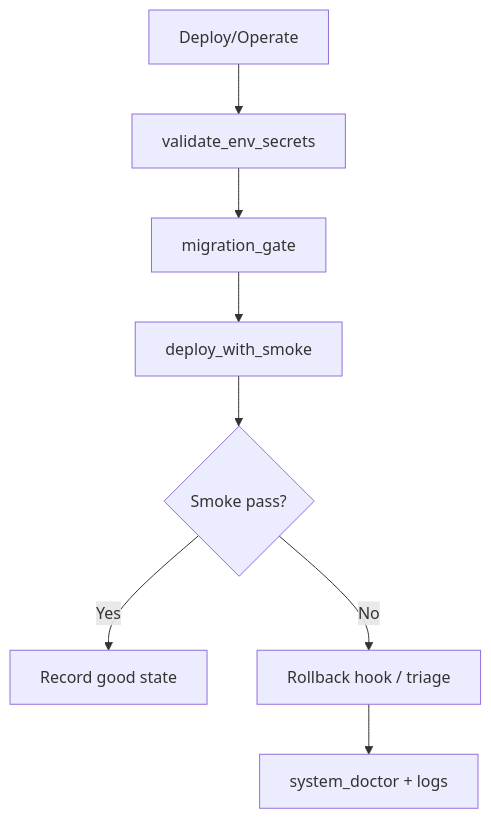
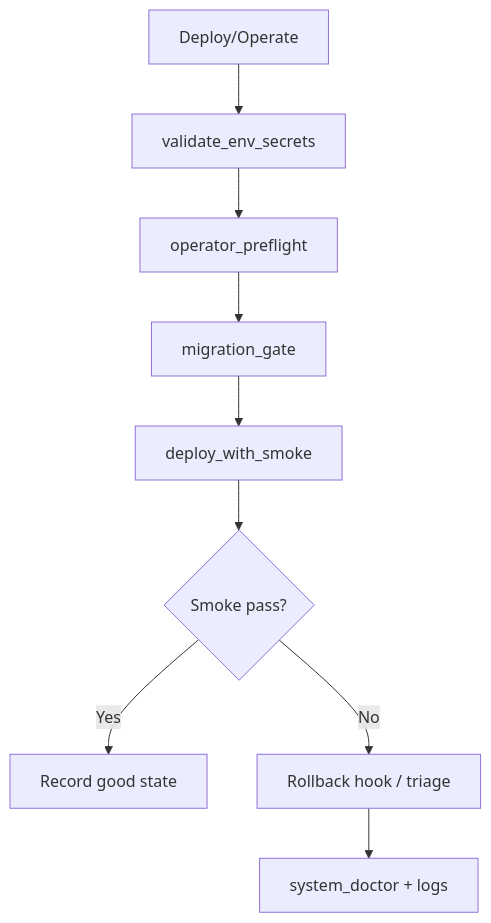
The diagram in docs/RUNBOOK.md (bseverns/classhub), drawn with Mermaid before and after one commit. The commit also changed other lines of this file and 10 other files, not shown here.

Commit message:
Add deploy-time operator preflight

````diff
--- a/docs/RUNBOOK.md
+++ b/docs/RUNBOOK.md
@@ -9,10 +9,11 @@
 ```mermaid
 flowchart TD
   A[Deploy/Operate] --> B[validate_env_secrets]
-  B --> C[migration_gate]
-  C --> D[deploy_with_smoke]
-  D --> E{Smoke pass?}
-  E -->|Yes| F[Record good state]
-  E -->|No| G[Rollback hook / triage]
-  G --> H[system_doctor + logs]
+  B --> C[operator_preflight]
+  C --> D[migration_gate]
+  D --> E[deploy_with_smoke]
+  E --> F{Smoke pass?}
+  F -->|Yes| G[Record good state]
+  F -->|No| H[Rollback hook / triage]
+  H --> I[system_doctor + logs]
 ```
````
